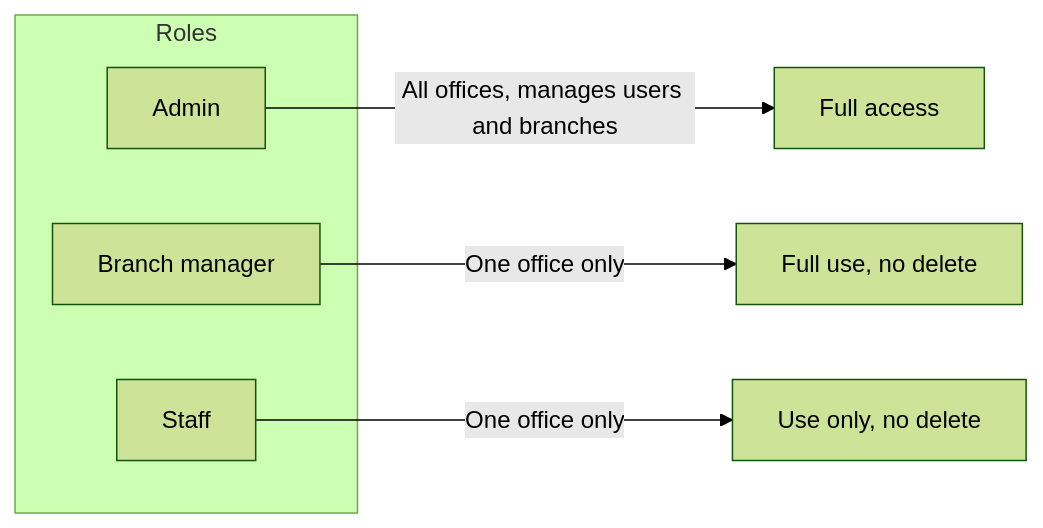
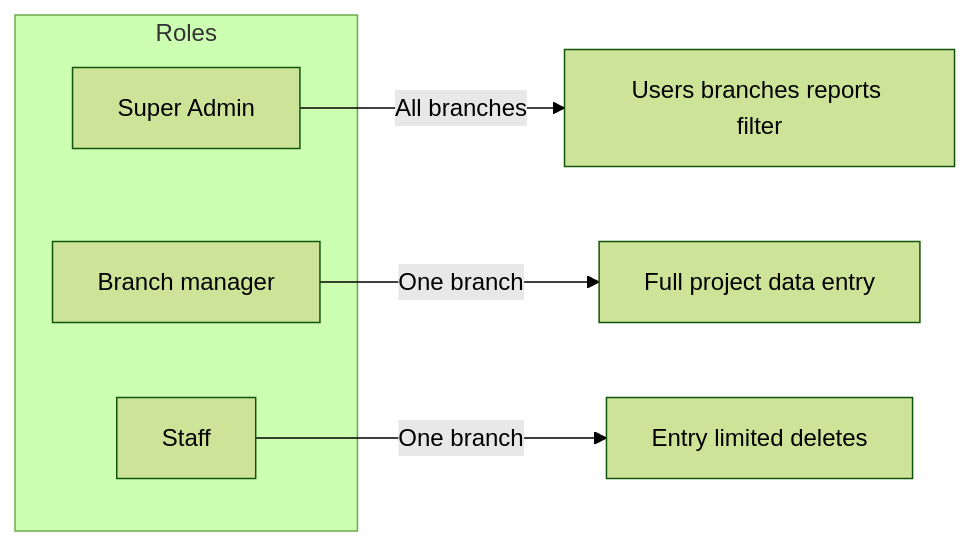
Before and after one commit to mishabcp/buildops: the third of 4 diagrams in docs/BUILDOPS_OVERVIEW.md, drawn with Mermaid (forest theme). The commit also changed other lines of this file and 45 other files, not shown here.

````diff
--- a/docs/BUILDOPS_OVERVIEW.md
+++ b/docs/BUILDOPS_OVERVIEW.md
@@ -77,11 +82,11 @@
 ```mermaid
 flowchart LR
   subgraph roles [Roles]
-    Admin[Admin]
+    Admin[Super Admin]
     Manager[Branch manager]
     Staff[Staff]
   end
-  Admin -->|"All offices, manages users and branches"| A1[Full access]
-  Manager -->|"One office only"| M1[Full use, no delete]
-  Staff -->|"One office only"| S1[Use only, no delete]
+  Admin -->|"All branches"| A1[Users branches reports filter]
+  Manager -->|"One branch"| M1[Full project data entry]
+  Staff -->|"One branch"| S1[Entry limited deletes]
 ```
````
